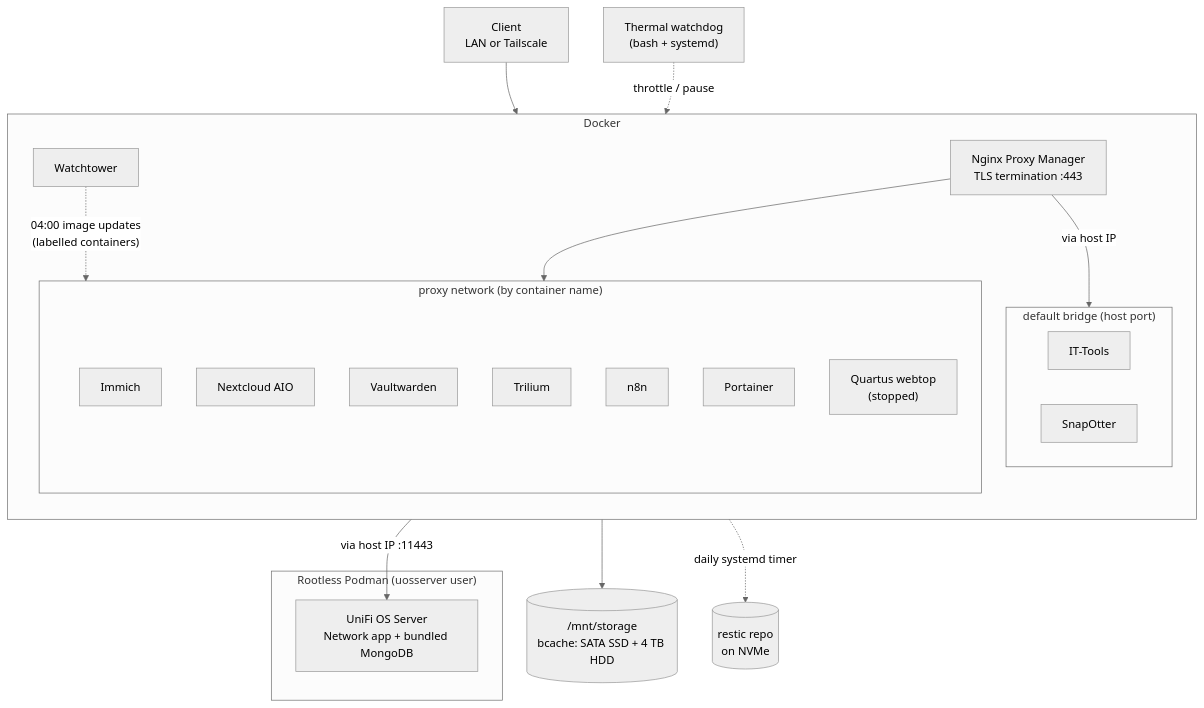
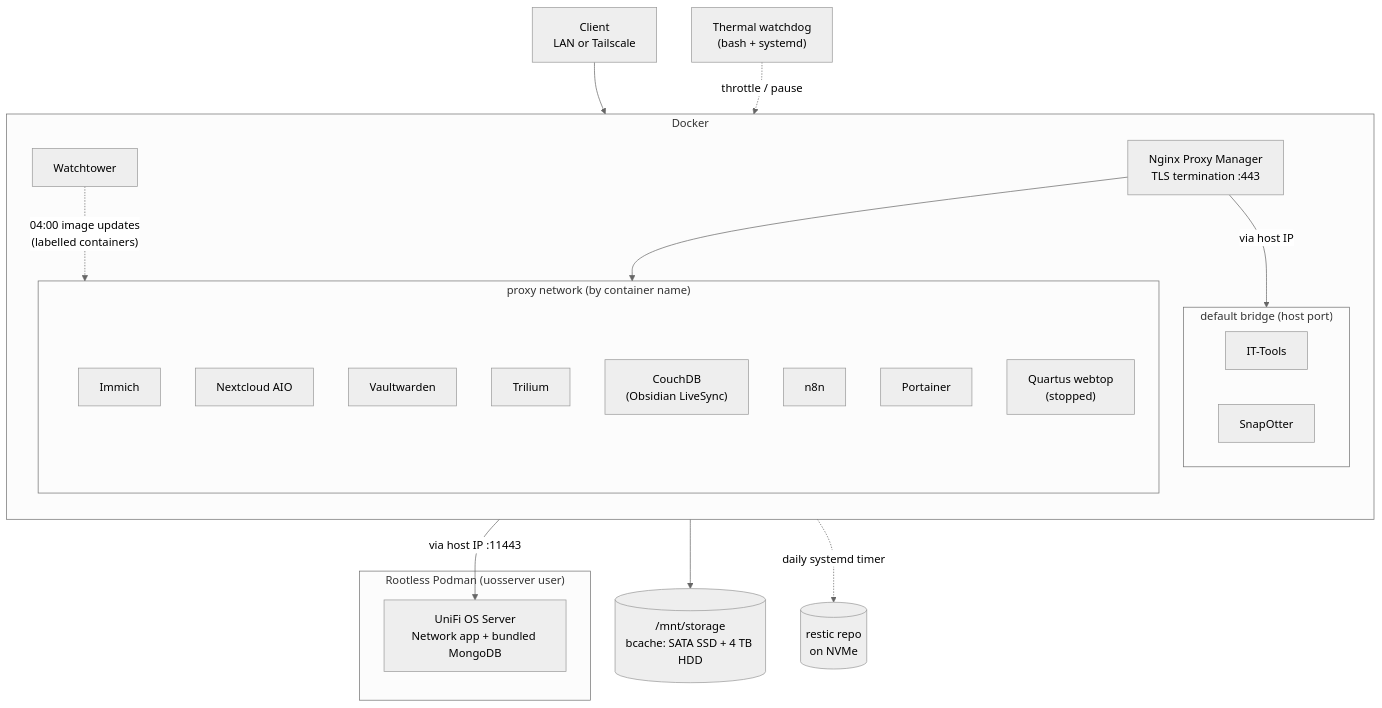
The second of 2 diagrams in README.md (schultzn6619/homelab-documentation), drawn with Mermaid (neutral theme) before and after one commit. The commit also changed other lines of this file and 10 other files, not shown here.

First line of the commit message:
Migrate notes from Trilium to Obsidian with Self-hosted LiveSync

````diff
--- a/README.md
+++ b/README.md
@@ -55,36 +55,37 @@
 ```mermaid
 flowchart TB
     Client[Client<br/>LAN or Tailscale] --> NPM["Nginx Proxy Manager<br/>TLS termination :443"]
 
     subgraph Docker["Docker"]
         direction TB
         NPM
         subgraph Proxy["proxy network (by container name)"]
             Immich
             Nextcloud[Nextcloud AIO]
             Vaultwarden
             Trilium
+            CouchDB["CouchDB<br/>(Obsidian LiveSync)"]
             n8n
             Portainer
             Quartus["Quartus webtop<br/>(stopped)"]
         end
         subgraph Bridge["default bridge (host port)"]
             ITTools[IT-Tools]
             SnapOtter
         end
         Watchtower -. "04:00 image updates<br/>(labelled containers)" .-> Proxy
     end
 
     subgraph Podman["Rootless Podman (uosserver user)"]
         UOS["UniFi OS Server<br/>Network app + bundled MongoDB"]
     end
 
     NPM --> Proxy
     NPM -- "via host IP" --> Bridge
     NPM -- "via host IP :11443" --> UOS
 
     Proxy --> Storage[("/mnt/storage<br/>bcache: SATA SSD + 4 TB HDD")]
     Proxy -. "daily systemd timer" .-> Backups[("restic repo<br/>on NVMe")]
 
     Watchdog["Thermal watchdog<br/>(bash + systemd)"] -. "throttle / pause" .-> Immich
 ```
````
